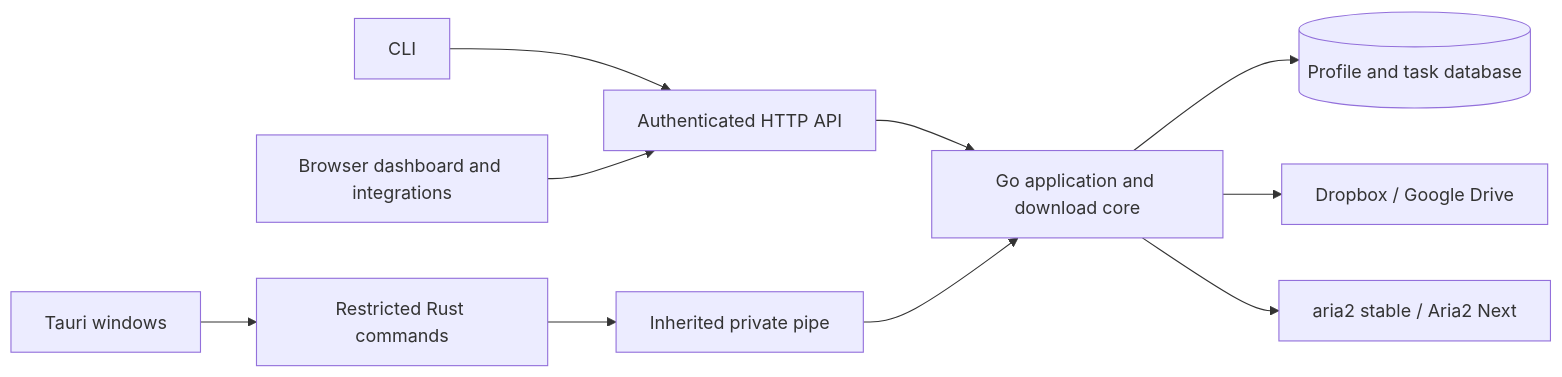
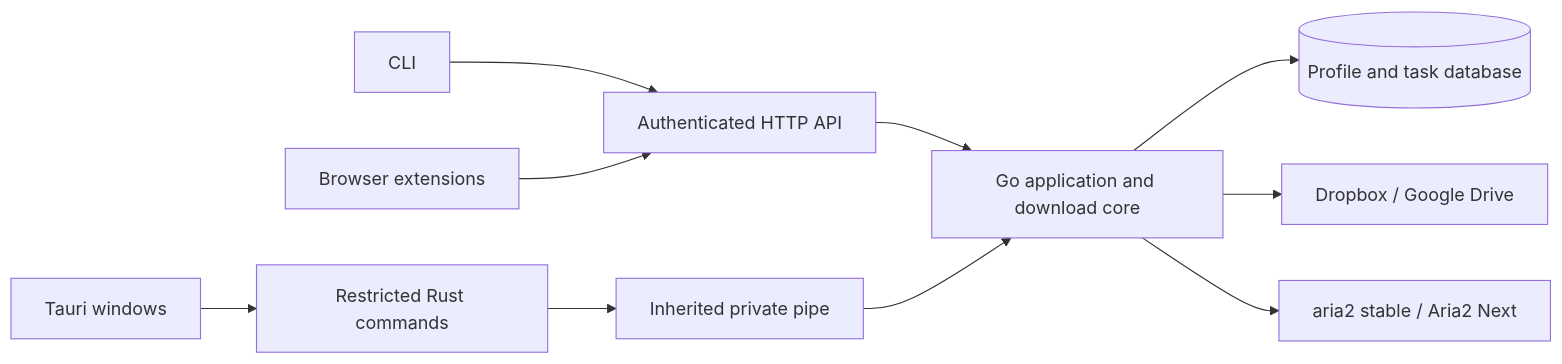
The diagram in docs/truedown-core-and-tauri.md (truewayd/KDownloader), drawn with Mermaid before and after one commit. The commit also changed other lines of this file and 11 other files, not shown here.

````diff
--- a/docs/truedown-core-and-tauri.md
+++ b/docs/truedown-core-and-tauri.md
@@ -9,12 +9,12 @@
 ```mermaid
 flowchart LR
   CLI[CLI] --> HTTP[Authenticated HTTP API]
-  Browser[Browser dashboard and integrations] --> HTTP
+  Extensions[Browser extensions] --> HTTP
   Desktop[Tauri windows] --> Rust[Restricted Rust commands]
   Rust --> Pipe[Inherited private pipe]
   HTTP --> Go[Go application and download core]
   Pipe --> Go
   Go --> Profiles[(Profile and task database)]
   Go --> Resolvers[Dropbox / Google Drive]
   Go --> Engines[aria2 stable / Aria2 Next]
 ```
````
